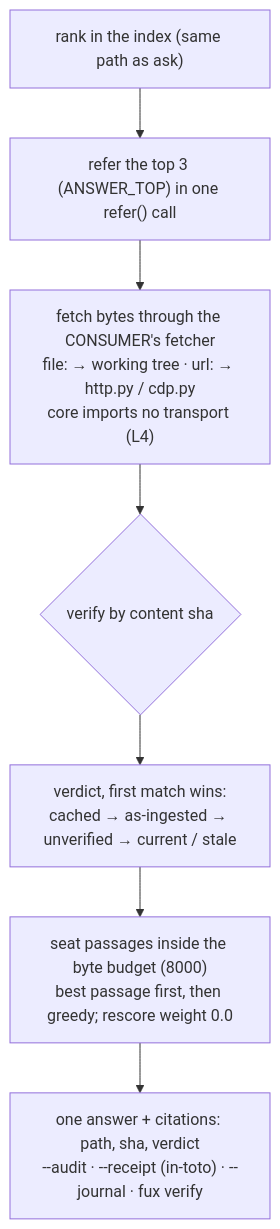
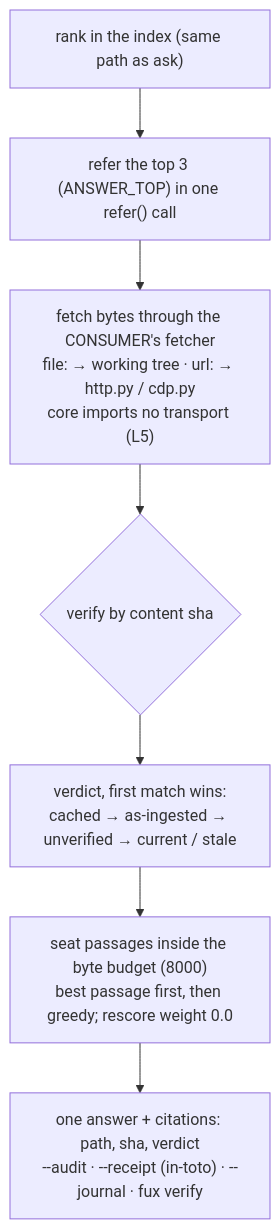
The ninth of 18 diagrams in docs/paper/the-fux-index-paper.md (arpitarya/fux), drawn with Mermaid before and after one commit. The commit also changed other lines of this file and 351 other files, not shown here.

````diff
--- a/docs/paper/the-fux-index-paper.md
+++ b/docs/paper/the-fux-index-paper.md
@@ -538,11 +538,11 @@
 ```mermaid
 flowchart TB
   R["rank in the index (same path as ask)"]
   T["refer the top 3 (ANSWER_TOP) in one refer() call"]
-  F["fetch bytes through the CONSUMER's fetcher<br/>file: → working tree · url: → http.py / cdp.py<br/>core imports no transport (L4)"]
+  F["fetch bytes through the CONSUMER's fetcher<br/>file: → working tree · url: → http.py / cdp.py<br/>core imports no transport (L5)"]
   V{"verify by content sha"}
   L["verdict, first match wins:<br/>cached → as-ingested → unverified → current / stale"]
   S["seat passages inside the byte budget (8000)<br/>best passage first, then greedy; rescore weight 0.0"]
   O["one answer + citations: path, sha, verdict<br/>--audit · --receipt (in-toto) · --journal · fux verify"]
   R --> T --> F --> V --> L --> S --> O
 ```
````
